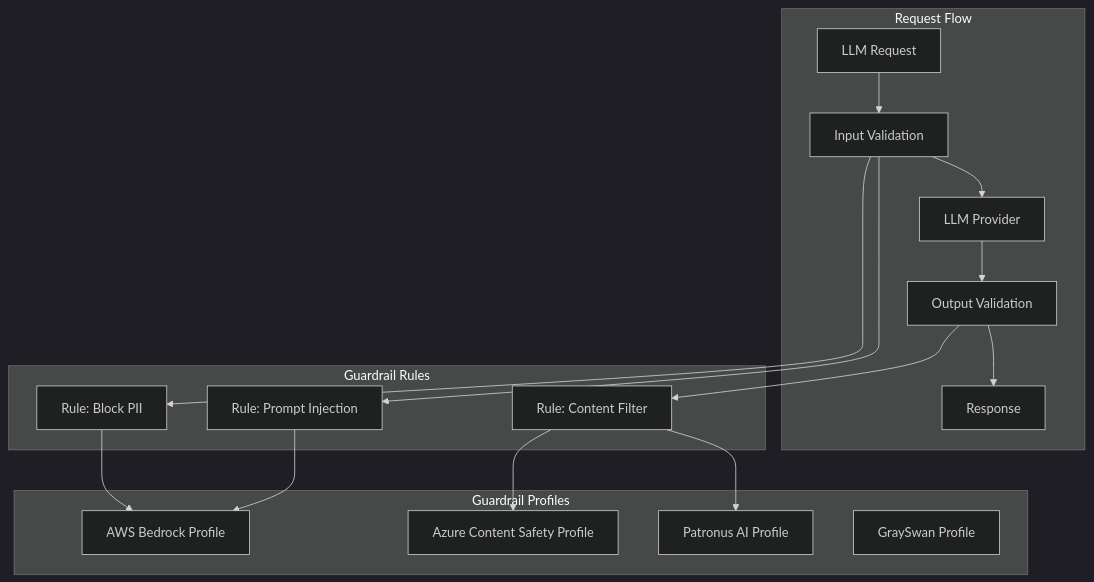
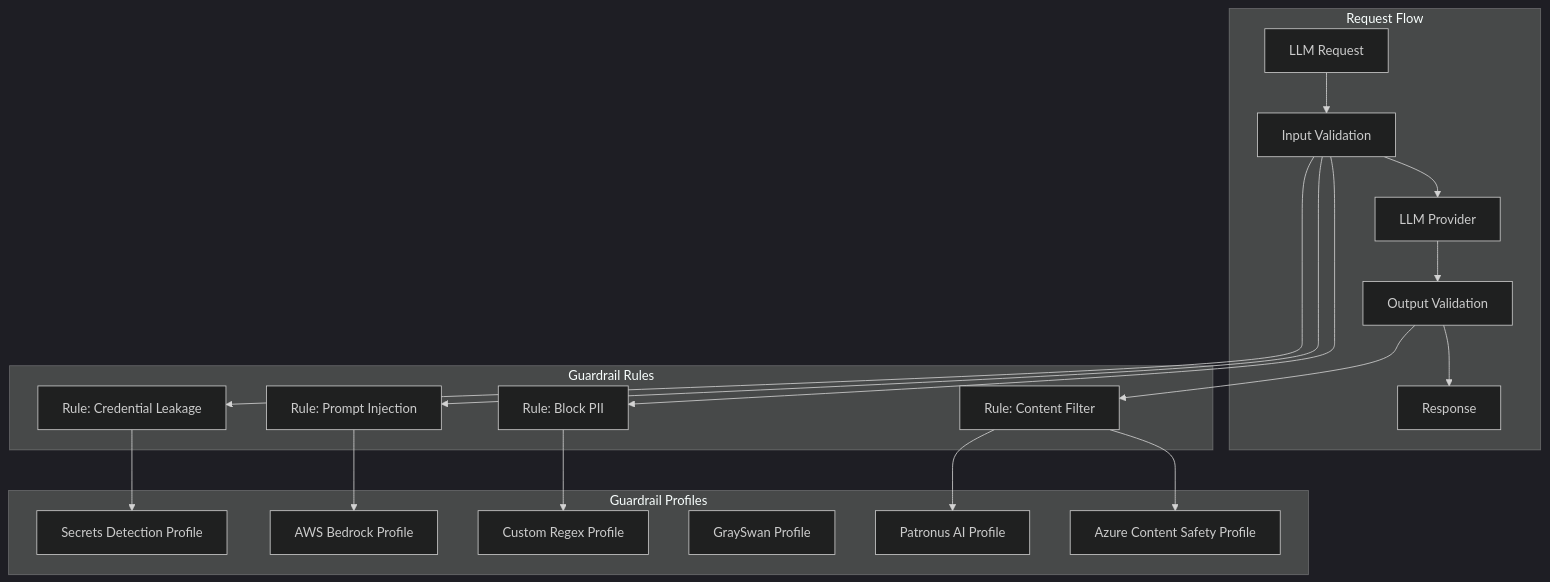
Before and after one commit to akhsaul/bifrost: the diagram in docs/enterprise/guardrails.mdx, drawn with Mermaid (dark theme). The commit also changed other lines of this file and 8 other files, not shown here.

First line of the commit message:
[docs]: docs for built in guardrail provider secrets detection and pii regex template (#3294)

````diff
--- a/docs/enterprise/guardrails.mdx
+++ b/docs/enterprise/guardrails.mdx
@@ -73,31 +79,36 @@
 ```mermaid
 flowchart TB
     subgraph request_flow [Request Flow]
         Request[LLM Request] --> InputValidation[Input Validation]
         InputValidation --> LLMProvider[LLM Provider]
         LLMProvider --> OutputValidation[Output Validation]
         OutputValidation --> Response[Response]
     end
 
     subgraph rules [Guardrail Rules]
         Rule1[Rule: Block PII]
         Rule2[Rule: Content Filter]
         Rule3[Rule: Prompt Injection]
+        Rule4[Rule: Credential Leakage]
     end
 
     subgraph profiles [Guardrail Profiles]
         Profile1[AWS Bedrock Profile]
         Profile2[Azure Content Safety Profile]
         Profile3[Patronus AI Profile]
         Profile4[GraySwan Profile]
+        Profile5[Secrets Detection Profile]
+        Profile6[Custom Regex Profile]
     end
 
     InputValidation --> Rule1
     InputValidation --> Rule3
+    InputValidation --> Rule4
     OutputValidation --> Rule2
 
-    Rule1 --> Profile1
+    Rule1 --> Profile6
     Rule2 --> Profile2
     Rule2 --> Profile3
     Rule3 --> Profile1
+    Rule4 --> Profile5
 ```
````
